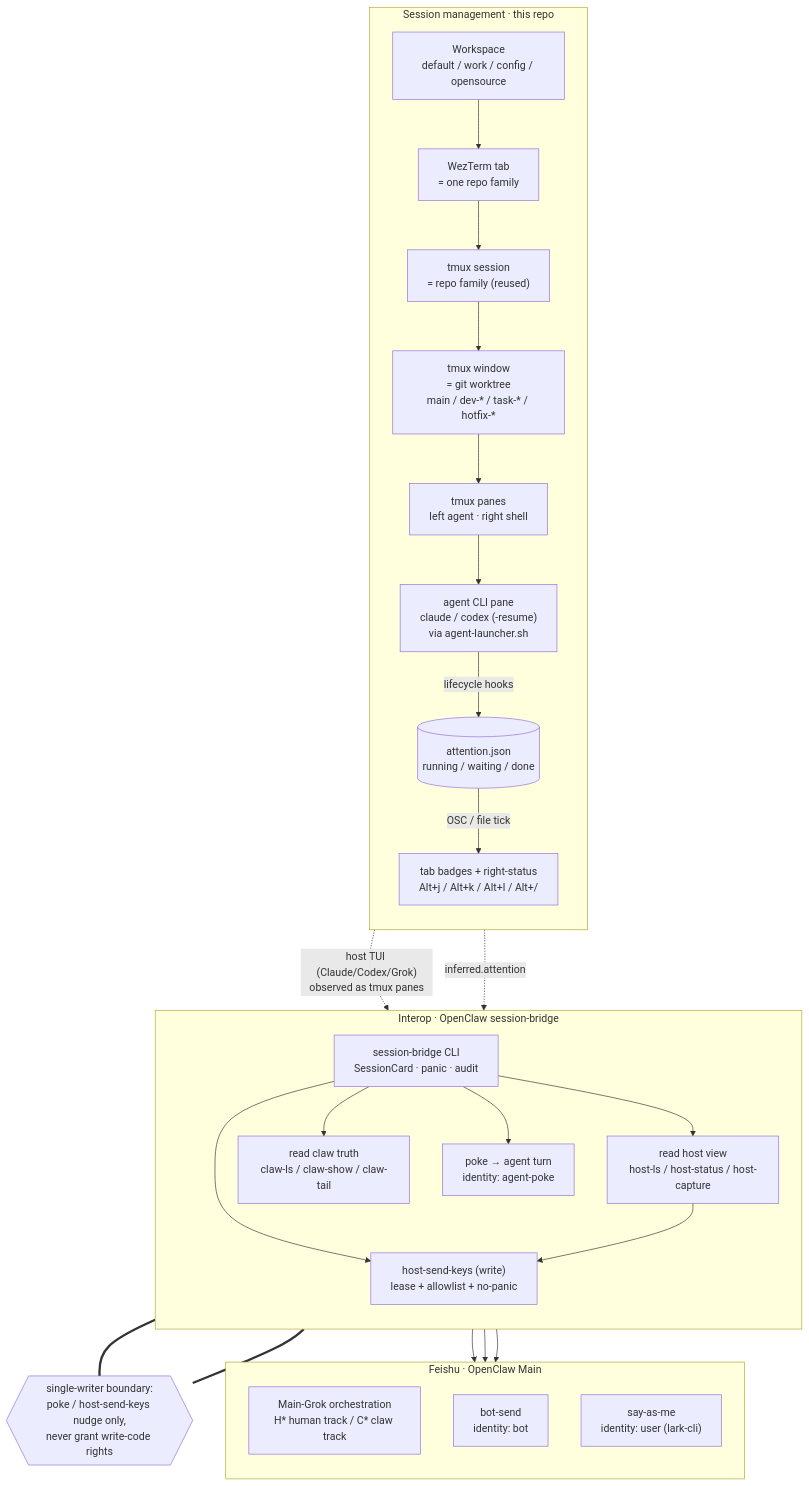
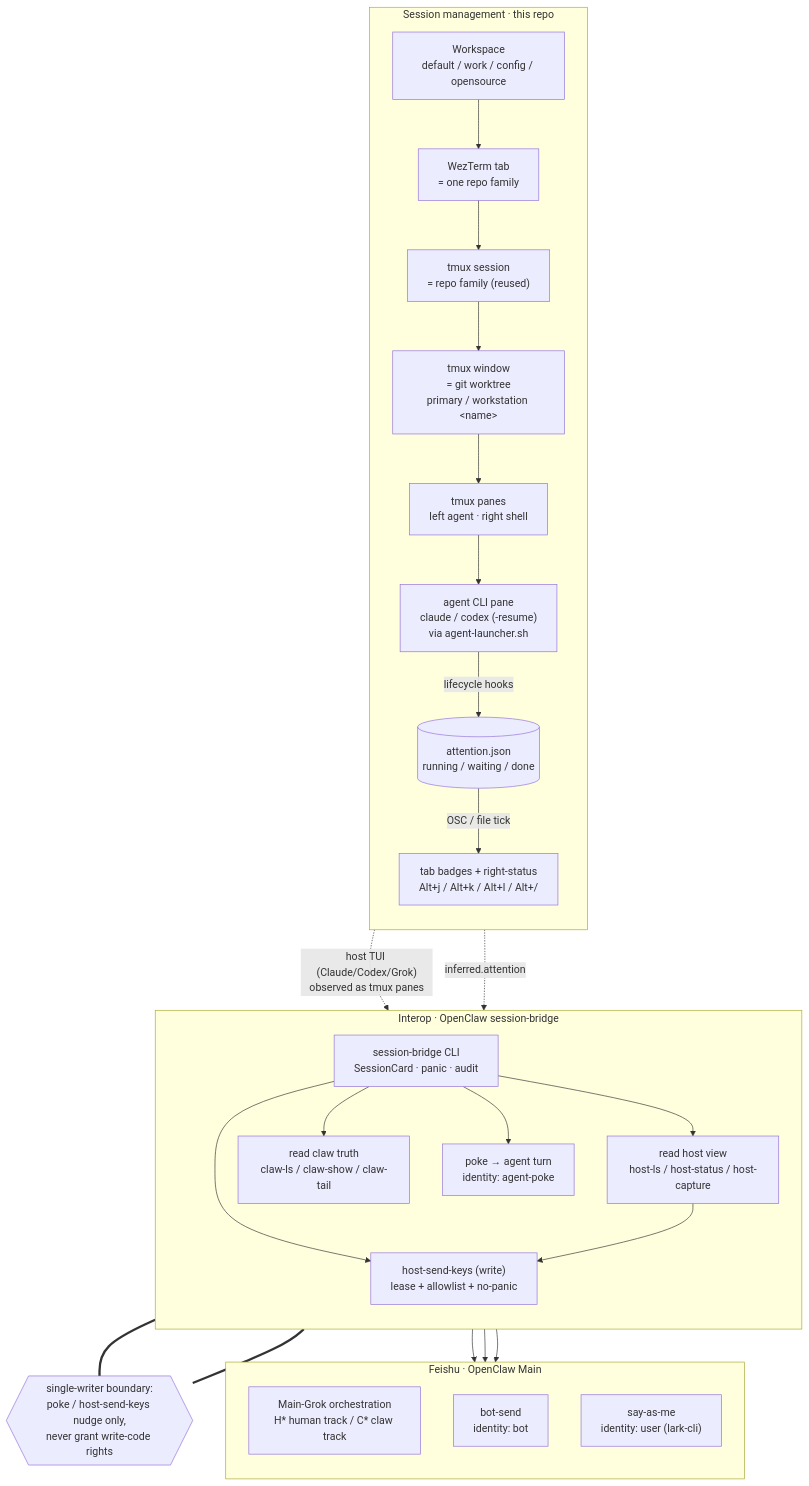
Before and after one commit to yunsii/wezdeck: the first of 3 diagrams in docs/architecture.md, drawn with Mermaid. The commit also changed other lines of this file and 41 other files, not shown here.

````diff
--- a/docs/architecture.md
+++ b/docs/architecture.md
@@ -83,45 +83,45 @@
 ```mermaid
 flowchart TB
   subgraph SM["Session management · this repo"]
     direction TB
     WS["Workspace<br/>default / work / config / opensource"]
     TAB["WezTerm tab<br/>= one repo family"]
     SESS["tmux session<br/>= repo family (reused)"]
-    WIN["tmux window<br/>= git worktree<br/>main / dev-* / task-* / hotfix-*"]
+    WIN["tmux window<br/>= git worktree<br/>primary / workstation &lt;name&gt;"]
     PANE["tmux panes<br/>left agent · right shell"]
     AGENT["agent CLI pane<br/>claude / codex (-resume)<br/>via agent-launcher.sh"]
     ATT[("attention.json<br/>running / waiting / done")]
     WS --> TAB --> SESS --> WIN --> PANE --> AGENT
     AGENT -->|"lifecycle hooks"| ATT
     ATT -->|"OSC / file tick"| BADGE["tab badges + right-status<br/>Alt+j / Alt+k / Alt+l / Alt+/"]
   end
 
   subgraph SB["Interop · OpenClaw session-bridge"]
     direction TB
     CLI["session-bridge CLI<br/>SessionCard · panic · audit"]
     RHOST["read host view<br/>host-ls / host-status / host-capture"]
     RCLAW["read claw truth<br/>claw-ls / claw-show / claw-tail"]
     POKE["poke → agent turn<br/>identity: agent-poke"]
     KEYS["host-send-keys (write)<br/>lease + allowlist + no-panic"]
     CLI --> RHOST
     CLI --> RCLAW
     CLI --> POKE
     CLI --> KEYS
   end
 
   subgraph FS["Feishu · OpenClaw Main"]
     direction TB
     MAIN["Main-Grok orchestration<br/>H* human track / C* claw track"]
     BOT["bot-send<br/>identity: bot"]
     SAY["say-as-me<br/>identity: user (lark-cli)"]
   end
 
   AGENT -. "host TUI (Claude/Codex/Grok)<br/>observed as tmux panes" .-> RHOST
   ATT -. "inferred.attention" .-> RHOST
   RHOST --> KEYS
   POKE --> MAIN
   CLI --> BOT
   CLI --> SAY
   KEYS === SW{{"single-writer boundary:<br/>poke / host-send-keys nudge only,<br/>never grant write-code rights"}}
   POKE === SW
 ```
````
